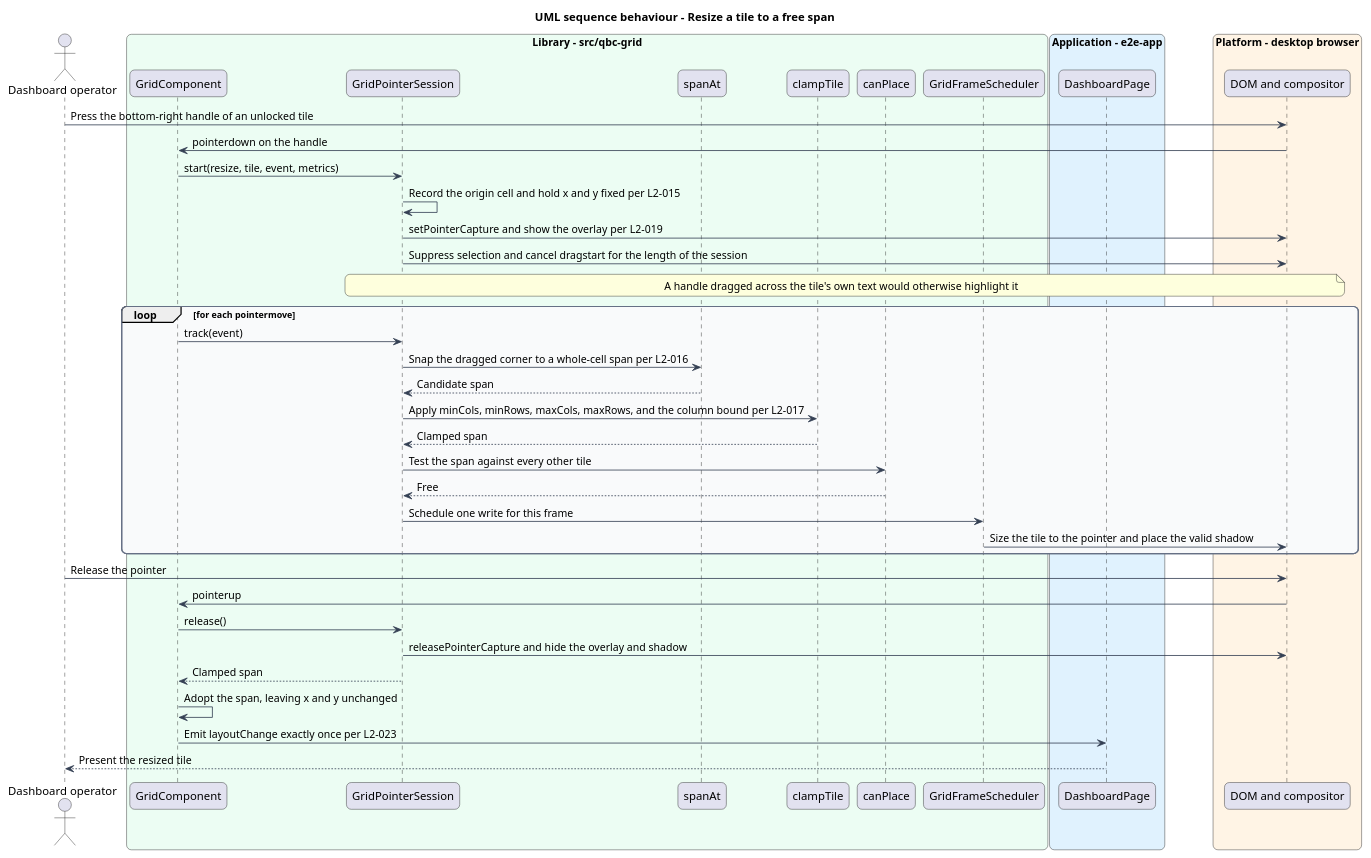
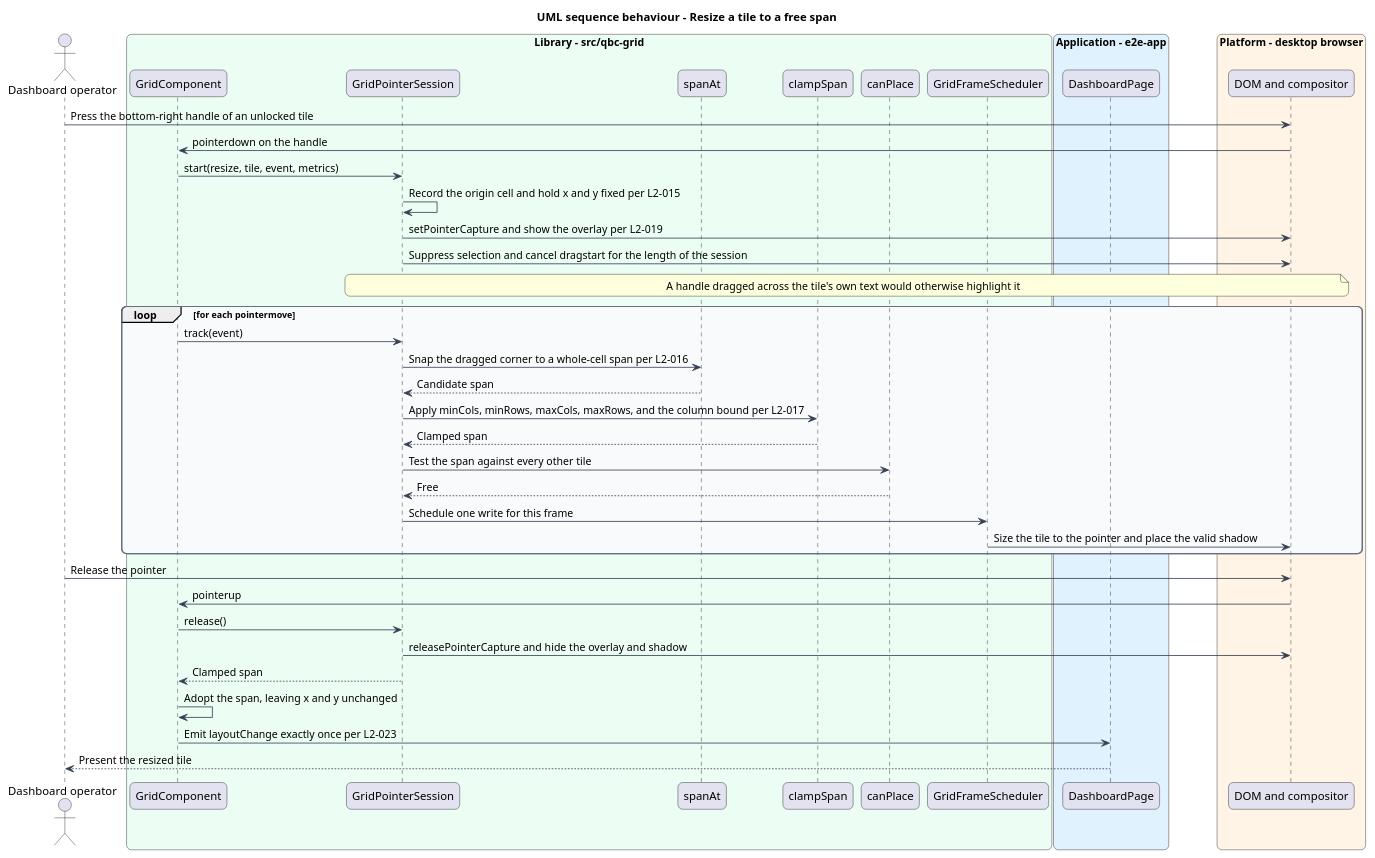
The diagram in docs/detailed-designs/tile-interaction/resize-a-tile/diagrams/sequence-resize-commit.puml (QuinntyneBrown/qbc-grid), drawn with PlantUML before and after one commit. The commit also changed 19 other files, not shown here.

```diff
--- a/docs/detailed-designs/tile-interaction/resize-a-tile/diagrams/sequence-resize-commit.puml
+++ b/docs/detailed-designs/tile-interaction/resize-a-tile/diagrams/sequence-resize-commit.puml
@@ -1,59 +1,59 @@
 @startuml
 title UML sequence behaviour - Resize a tile to a free span
 skinparam backgroundColor #FFFFFF
 skinparam shadowing false
 skinparam roundcorner 12
 skinparam defaultFontName Arial
 skinparam ArrowColor #344054
 skinparam rectangle {
   BorderColor #344054
   FontColor #101828
 }
 skinparam package {
   BorderColor #667085
   FontColor #101828
   BackgroundColor #F9FAFB
 }
 actor "Dashboard operator" as actor
 box "Library - src/qbc-grid" #ECFDF3
   participant "GridComponent" as grid
   participant "GridPointerSession" as session
   participant "spanAt" as spanat
-  participant "clampTile" as clamp
+  participant "clampSpan" as clamp
   participant "canPlace" as canplace
   participant "GridFrameScheduler" as scheduler
 end box
 box "Application - e2e-app" #E0F2FE
   participant "DashboardPage" as dashboard
 end box
 box "Platform - desktop browser" #FFF4E5
   participant "DOM and compositor" as dom
 end box
 
 actor -> dom : Press the bottom-right handle of an unlocked tile
 dom -> grid : pointerdown on the handle
 grid -> session : start(resize, tile, event, metrics)
 session -> session : Record the origin cell and hold x and y fixed per L2-015
 session -> dom : setPointerCapture and show the overlay per L2-019
 session -> dom : Suppress selection and cancel dragstart for the length of the session
 note over session, dom : A handle dragged across the tile's own text would otherwise highlight it
 loop for each pointermove
   grid -> session : track(event)
   session -> spanat : Snap the dragged corner to a whole-cell span per L2-016
   spanat --> session : Candidate span
   session -> clamp : Apply minCols, minRows, maxCols, maxRows, and the column bound per L2-017
   clamp --> session : Clamped span
   session -> canplace : Test the span against every other tile
   canplace --> session : Free
   session -> scheduler : Schedule one write for this frame
   scheduler -> dom : Size the tile to the pointer and place the valid shadow
 end
 actor -> dom : Release the pointer
 dom -> grid : pointerup
 grid -> session : release()
 session -> dom : releasePointerCapture and hide the overlay and shadow
 session --> grid : Clamped span
 grid -> grid : Adopt the span, leaving x and y unchanged
 grid -> dashboard : Emit layoutChange exactly once per L2-023
 dashboard --> actor : Present the resized tile
 @enduml
```
